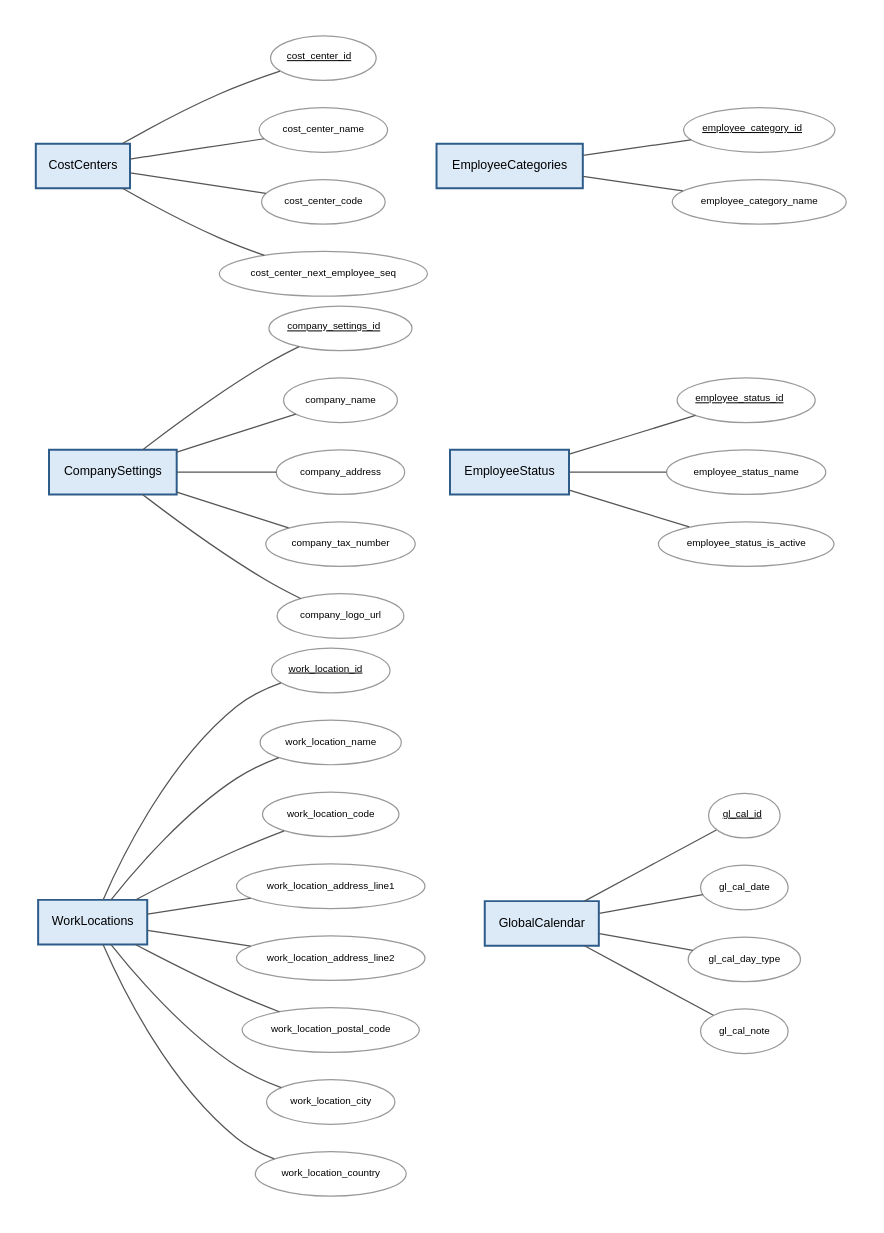
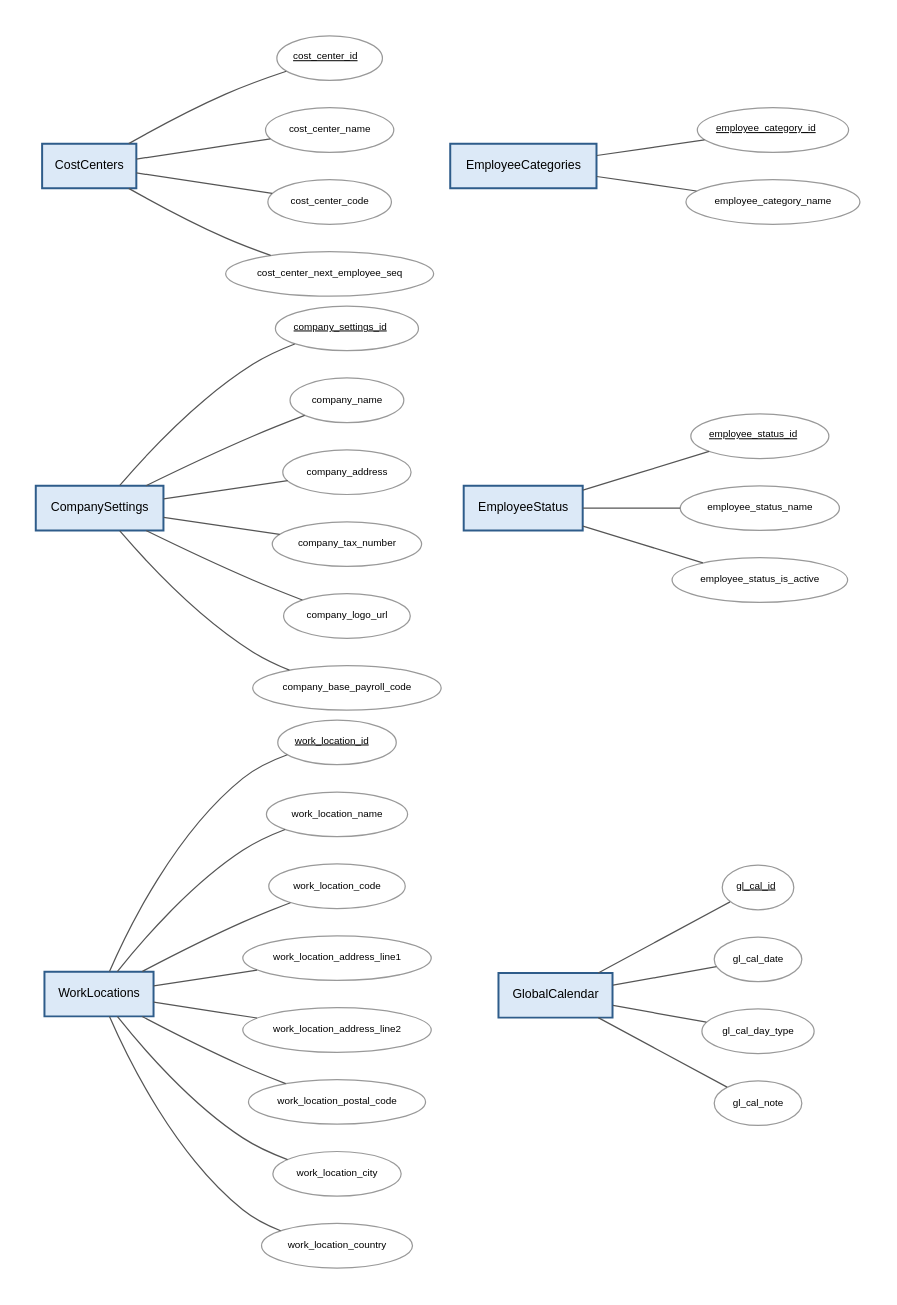
The diagram in docs/diagram/er-6-onallo-torzsadat.dot (mbodigit/time_tracking_system_prototype), drawn with Graphviz before and after one commit. The commit also changed 6 other files, not shown here.

```diff
--- a/docs/diagram/er-6-onallo-torzsadat.dot
+++ b/docs/diagram/er-6-onallo-torzsadat.dot
@@ -1,68 +1,70 @@
 graph ER {
   fontname="Helvetica";
   graph [rankdir=LR, splines=spline, nodesep=0.3, ranksep=1.0, pack=true, packmode=array, bgcolor="white", pad=0.3];
   node [fontname="Helvetica", fontsize=10];
   edge [fontname="Helvetica", fontsize=9, color="#555555"];
 
   // fókuszban lévő egyedek, minden attribútummal
   "EmployeeStatus" [shape=box, style="filled,bold", fillcolor="#DCE9F7", color="#2E5C8A", penwidth=1.6];
   "EmployeeStatus__employee_status_id" [shape=ellipse, style=filled, fillcolor="white", color="#999999", fontsize=8, label=<<U>employee_status_id</U>>];
   "EmployeeStatus" -- "EmployeeStatus__employee_status_id" [len=0.8, weight=4];
   "EmployeeStatus__employee_status_name" [shape=ellipse, style=filled, fillcolor="white", color="#999999", fontsize=8, label="employee_status_name"];
   "EmployeeStatus" -- "EmployeeStatus__employee_status_name" [len=0.8, weight=4];
   "EmployeeStatus__employee_status_is_active" [shape=ellipse, style=filled, fillcolor="white", color="#999999", fontsize=8, label="employee_status_is_active"];
   "EmployeeStatus" -- "EmployeeStatus__employee_status_is_active" [len=0.8, weight=4];
   "EmployeeCategories" [shape=box, style="filled,bold", fillcolor="#DCE9F7", color="#2E5C8A", penwidth=1.6];
   "EmployeeCategories__employee_category_id" [shape=ellipse, style=filled, fillcolor="white", color="#999999", fontsize=8, label=<<U>employee_category_id</U>>];
   "EmployeeCategories" -- "EmployeeCategories__employee_category_id" [len=0.8, weight=4];
   "EmployeeCategories__employee_category_name" [shape=ellipse, style=filled, fillcolor="white", color="#999999", fontsize=8, label="employee_category_name"];
   "EmployeeCategories" -- "EmployeeCategories__employee_category_name" [len=0.8, weight=4];
   "CostCenters" [shape=box, style="filled,bold", fillcolor="#DCE9F7", color="#2E5C8A", penwidth=1.6];
   "CostCenters__cost_center_id" [shape=ellipse, style=filled, fillcolor="white", color="#999999", fontsize=8, label=<<U>cost_center_id</U>>];
   "CostCenters" -- "CostCenters__cost_center_id" [len=0.8, weight=4];
   "CostCenters__cost_center_name" [shape=ellipse, style=filled, fillcolor="white", color="#999999", fontsize=8, label="cost_center_name"];
   "CostCenters" -- "CostCenters__cost_center_name" [len=0.8, weight=4];
   "CostCenters__cost_center_code" [shape=ellipse, style=filled, fillcolor="white", color="#999999", fontsize=8, label="cost_center_code"];
   "CostCenters" -- "CostCenters__cost_center_code" [len=0.8, weight=4];
   "CostCenters__cost_center_next_employee_seq" [shape=ellipse, style=filled, fillcolor="white", color="#999999", fontsize=8, label="cost_center_next_employee_seq"];
   "CostCenters" -- "CostCenters__cost_center_next_employee_seq" [len=0.8, weight=4];
   "WorkLocations" [shape=box, style="filled,bold", fillcolor="#DCE9F7", color="#2E5C8A", penwidth=1.6];
   "WorkLocations__work_location_id" [shape=ellipse, style=filled, fillcolor="white", color="#999999", fontsize=8, label=<<U>work_location_id</U>>];
   "WorkLocations" -- "WorkLocations__work_location_id" [len=0.8, weight=4];
   "WorkLocations__work_location_name" [shape=ellipse, style=filled, fillcolor="white", color="#999999", fontsize=8, label="work_location_name"];
   "WorkLocations" -- "WorkLocations__work_location_name" [len=0.8, weight=4];
   "WorkLocations__work_location_code" [shape=ellipse, style=filled, fillcolor="white", color="#999999", fontsize=8, label="work_location_code"];
   "WorkLocations" -- "WorkLocations__work_location_code" [len=0.8, weight=4];
   "WorkLocations__work_location_address_line1" [shape=ellipse, style=filled, fillcolor="white", color="#999999", fontsize=8, label="work_location_address_line1"];
   "WorkLocations" -- "WorkLocations__work_location_address_line1" [len=0.8, weight=4];
   "WorkLocations__work_location_address_line2" [shape=ellipse, style=filled, fillcolor="white", color="#999999", fontsize=8, label="work_location_address_line2"];
   "WorkLocations" -- "WorkLocations__work_location_address_line2" [len=0.8, weight=4];
   "WorkLocations__work_location_postal_code" [shape=ellipse, style=filled, fillcolor="white", color="#999999", fontsize=8, label="work_location_postal_code"];
   "WorkLocations" -- "WorkLocations__work_location_postal_code" [len=0.8, weight=4];
   "WorkLocations__work_location_city" [shape=ellipse, style=filled, fillcolor="white", color="#999999", fontsize=8, label="work_location_city"];
   "WorkLocations" -- "WorkLocations__work_location_city" [len=0.8, weight=4];
   "WorkLocations__work_location_country" [shape=ellipse, style=filled, fillcolor="white", color="#999999", fontsize=8, label="work_location_country"];
   "WorkLocations" -- "WorkLocations__work_location_country" [len=0.8, weight=4];
   "GlobalCalendar" [shape=box, style="filled,bold", fillcolor="#DCE9F7", color="#2E5C8A", penwidth=1.6];
   "GlobalCalendar__gl_cal_id" [shape=ellipse, style=filled, fillcolor="white", color="#999999", fontsize=8, label=<<U>gl_cal_id</U>>];
   "GlobalCalendar" -- "GlobalCalendar__gl_cal_id" [len=0.8, weight=4];
   "GlobalCalendar__gl_cal_date" [shape=ellipse, style=filled, fillcolor="white", color="#999999", fontsize=8, label="gl_cal_date"];
   "GlobalCalendar" -- "GlobalCalendar__gl_cal_date" [len=0.8, weight=4];
   "GlobalCalendar__gl_cal_day_type" [shape=ellipse, style=filled, fillcolor="white", color="#999999", fontsize=8, label="gl_cal_day_type"];
   "GlobalCalendar" -- "GlobalCalendar__gl_cal_day_type" [len=0.8, weight=4];
   "GlobalCalendar__gl_cal_note" [shape=ellipse, style=filled, fillcolor="white", color="#999999", fontsize=8, label="gl_cal_note"];
   "GlobalCalendar" -- "GlobalCalendar__gl_cal_note" [len=0.8, weight=4];
   "CompanySettings" [shape=box, style="filled,bold", fillcolor="#DCE9F7", color="#2E5C8A", penwidth=1.6];
   "CompanySettings__company_settings_id" [shape=ellipse, style=filled, fillcolor="white", color="#999999", fontsize=8, label=<<U>company_settings_id</U>>];
   "CompanySettings" -- "CompanySettings__company_settings_id" [len=0.8, weight=4];
   "CompanySettings__company_name" [shape=ellipse, style=filled, fillcolor="white", color="#999999", fontsize=8, label="company_name"];
   "CompanySettings" -- "CompanySettings__company_name" [len=0.8, weight=4];
   "CompanySettings__company_address" [shape=ellipse, style=filled, fillcolor="white", color="#999999", fontsize=8, label="company_address"];
   "CompanySettings" -- "CompanySettings__company_address" [len=0.8, weight=4];
   "CompanySettings__company_tax_number" [shape=ellipse, style=filled, fillcolor="white", color="#999999", fontsize=8, label="company_tax_number"];
   "CompanySettings" -- "CompanySettings__company_tax_number" [len=0.8, weight=4];
   "CompanySettings__company_logo_url" [shape=ellipse, style=filled, fillcolor="white", color="#999999", fontsize=8, label="company_logo_url"];
   "CompanySettings" -- "CompanySettings__company_logo_url" [len=0.8, weight=4];
+  "CompanySettings__company_base_payroll_code" [shape=ellipse, style=filled, fillcolor="white", color="#999999", fontsize=8, label="company_base_payroll_code"];
+  "CompanySettings" -- "CompanySettings__company_base_payroll_code" [len=0.8, weight=4];
 
   // kapcsolatok
 }
```
